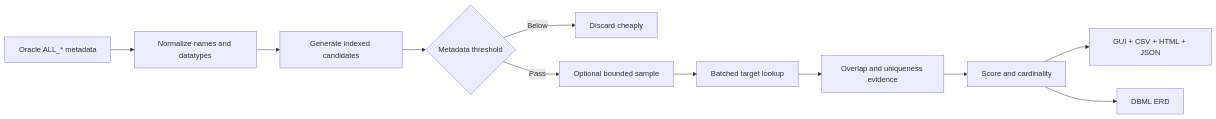
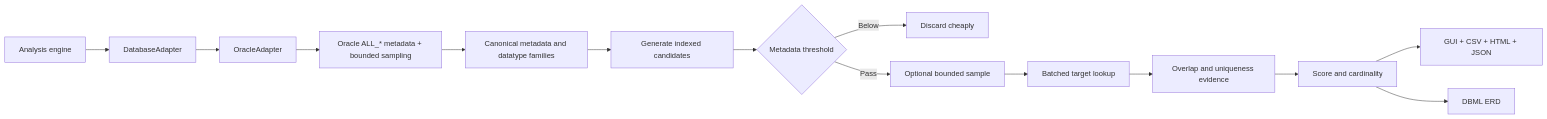
The diagram in README.md (mahdiyazdi83/relifinder), drawn with Mermaid before and after one commit. The commit also changed other lines of this file and 53 other files, not shown here.

Commit message:
feat: add database abstraction and harden ERD exports

````diff
--- a/README.md
+++ b/README.md
@@ -133,13 +133,16 @@
 ```mermaid
 flowchart LR
-    A[Oracle ALL_* metadata] --> B[Normalize names and datatypes]
-    B --> C[Generate indexed candidates]
-    C --> D{Metadata threshold}
-    D -->|Below| E[Discard cheaply]
-    D -->|Pass| F[Optional bounded sample]
-    F --> G[Batched target lookup]
-    G --> H[Overlap and uniqueness evidence]
-    H --> I[Score and cardinality]
-    I --> J[GUI + CSV + HTML + JSON]
-    I --> K[DBML ERD]
+    A[Analysis engine] --> B[DatabaseAdapter]
+    B --> C[OracleAdapter]
+    C --> D[Oracle ALL_* metadata + bounded sampling]
+    D --> E[Canonical metadata and datatype families]
+    E --> F[Generate indexed candidates]
+    F --> G{Metadata threshold}
+    G -->|Below| H[Discard cheaply]
+    G -->|Pass| I[Optional bounded sample]
+    I --> J[Batched target lookup]
+    J --> K[Overlap and uniqueness evidence]
+    K --> L[Score and cardinality]
+    L --> M[GUI + CSV + HTML + JSON]
+    L --> N[DBML ERD]
 ```
````
